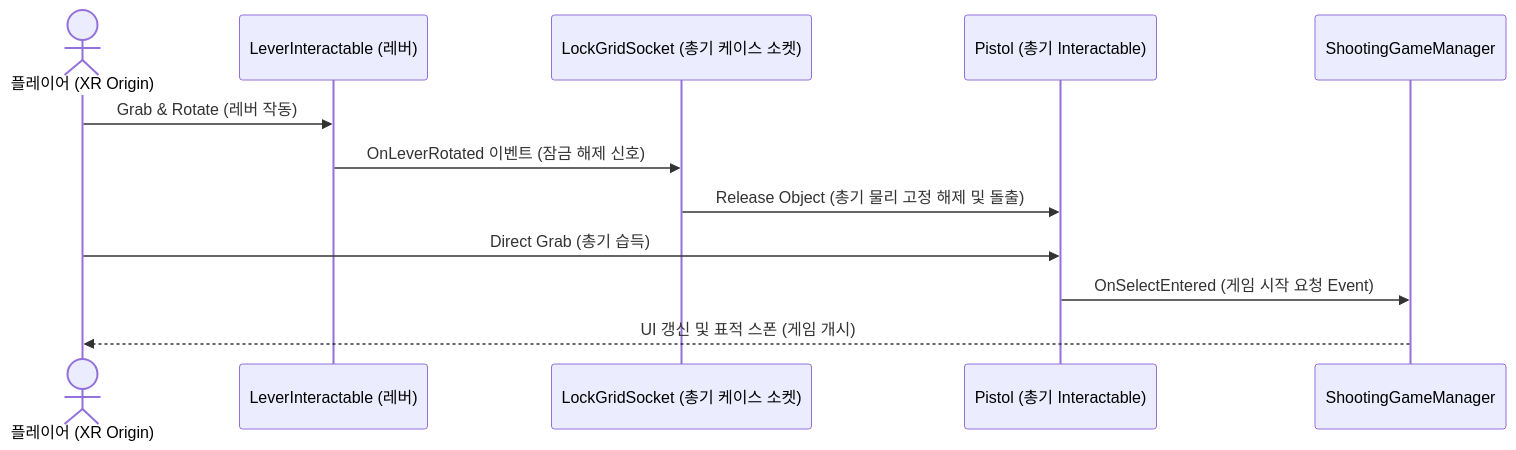
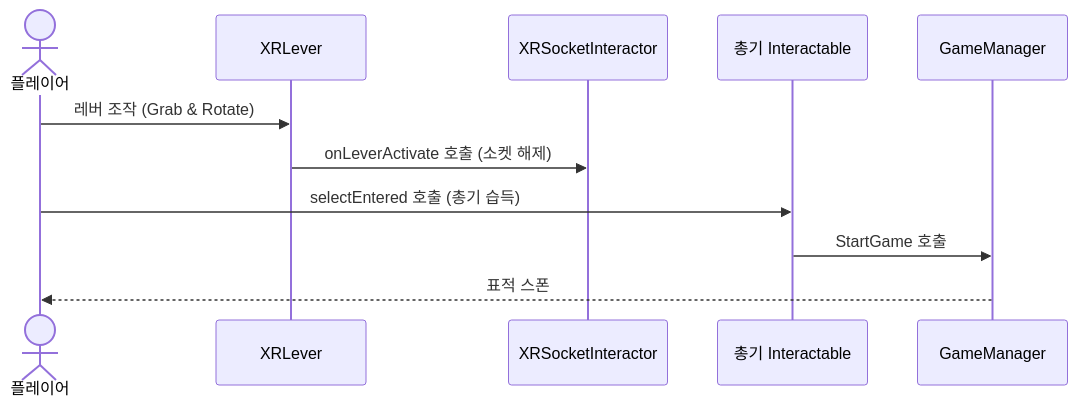
One commit to WhiteAppleKo/Portfolio changed the eighth of 9 diagrams in portfolio/project3/README.md. Above: the diagram before and after it, drawn with Mermaid. The commit also changed other lines of this file and 22 other files, not shown here.

````diff
--- a/portfolio/project3/README.md
+++ b/portfolio/project3/README.md
@@ -82,15 +231,14 @@
 ```mermaid
 sequenceDiagram
-    actor Player as 플레이어 (XR Origin)
-    participant Lever as LeverInteractable (레버)
-    participant Socket as LockGridSocket (총기 케이스 소켓)
-    participant Pistol as Pistol (총기 Interactable)
-    participant Manager as ShootingGameManager
+    actor Player as 플레이어
+    participant Lever as XRLever
+    participant Socket as XRSocketInteractor
+    participant Gun as 총기 Interactable
+    participant Manager as GameManager
     
-    Player->>Lever: Grab & Rotate (레버 작동)
-    Lever->>Socket: OnLeverRotated 이벤트 (잠금 해제 신호)
-    Socket->>Pistol: Release Object (총기 물리 고정 해제 및 돌출)
-    Player->>Pistol: Direct Grab (총기 습득)
-    Pistol->>Manager: OnSelectEntered (게임 시작 요청 Event)
-    Manager-->>Player: UI 갱신 및 표적 스폰 (게임 개시)
+    Player->>Lever: 레버 조작 (Grab & Rotate)
+    Lever->>Socket: onLeverActivate 호출 (소켓 해제)
+    Player->>Gun: selectEntered 호출 (총기 습득)
+    Gun->>Manager: StartGame 호출
+    Manager-->>Player: 표적 스폰
 ```
````
